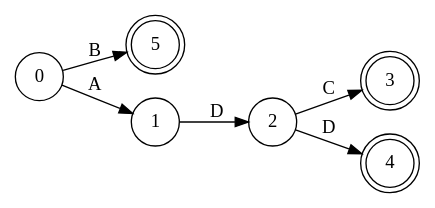
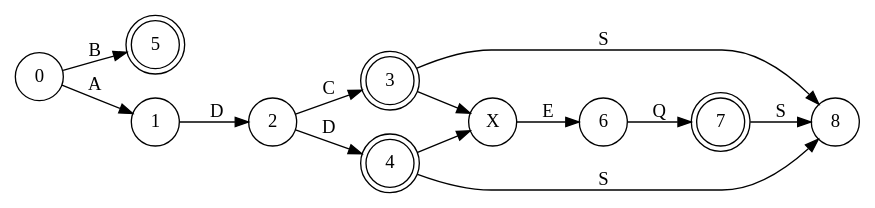
The diagram in docs/asm_parser/opcode_name.dot (dospro/biogba), drawn with Graphviz before and after one commit. The commit also changed 3 other files, not shown here.

```diff
--- a/docs/asm_parser/opcode_name.dot
+++ b/docs/asm_parser/opcode_name.dot
@@ -1,13 +1,23 @@
 digraph g {
     rankdir=LR;
-    node [shape = doublecircle]; 3 4 5;
+    node [shape = doublecircle]; 3 4 5 7;
 	node [shape = circle];
 
   0 -> 1 [label=A]
   1 -> 2 [label=D]
   2 -> 3 [label=C]
   2 -> 4 [label=D]
 
   0 -> 5 [label=B]
 
+  3 -> 8 [label=S]
+  4 -> 8 [label=S]
+  7 -> 8 [label=S]
+
+  3 -> "X"
+  4 -> "X"
+
+  "X" -> 6 [label=E]
+  6 -> 7 [label=Q]
+
 }
```
